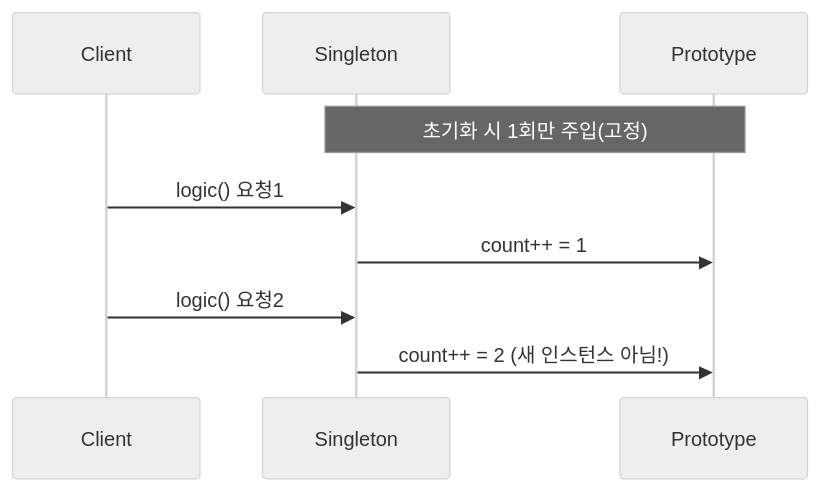
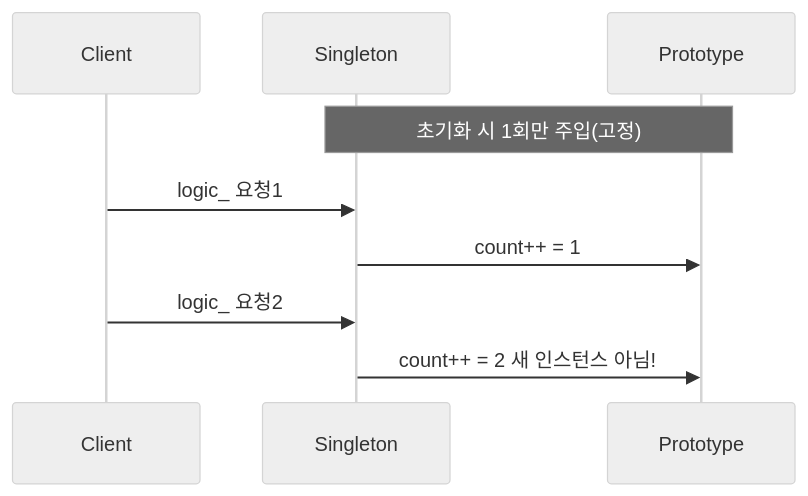
Before and after one commit to yjkim2015/yjkim2015.github.io: the eighth of 13 diagrams in _posts/spring/2026-05-02-spring-core-basic.md, drawn with Mermaid (neutral theme). The commit also changed other lines of this file and 85 other files, not shown here.

First line of the commit message:
sequenceDiagram 문법 에러 2차 수정 169개 (86파일)

````diff
--- a/_posts/spring/2026-05-02-spring-core-basic.md
+++ b/_posts/spring/2026-05-02-spring-core-basic.md
@@ -519,11 +519,11 @@
 ```mermaid
 sequenceDiagram
     participant Client
     participant Singleton
     participant Prototype
     Note over Singleton,Prototype: 초기화 시 1회만 주입(고정)
-    Client->>Singleton: logic() 요청1
+    Client->>Singleton: logic_ 요청1
     Singleton->>Prototype: count++ = 1
-    Client->>Singleton: logic() 요청2
-    Singleton->>Prototype: count++ = 2 (새 인스턴스 아님!)
+    Client->>Singleton: logic_ 요청2
+    Singleton->>Prototype: count++ = 2 새 인스턴스 아님!
 ```
````
